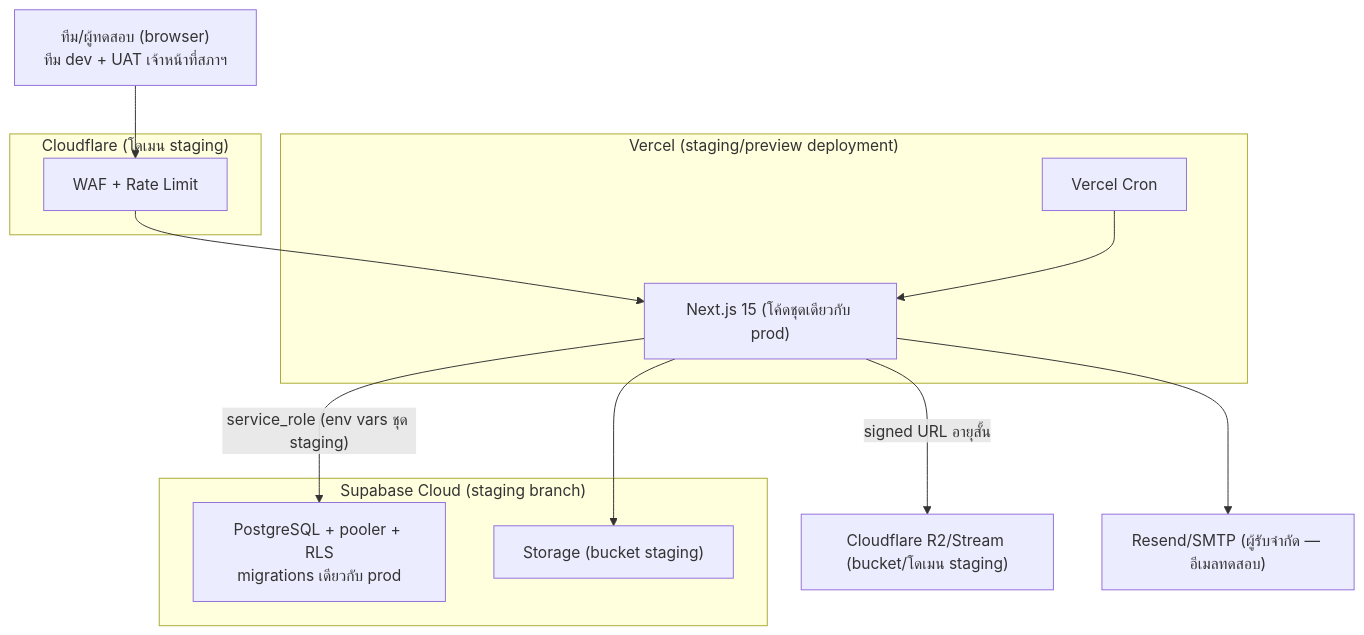
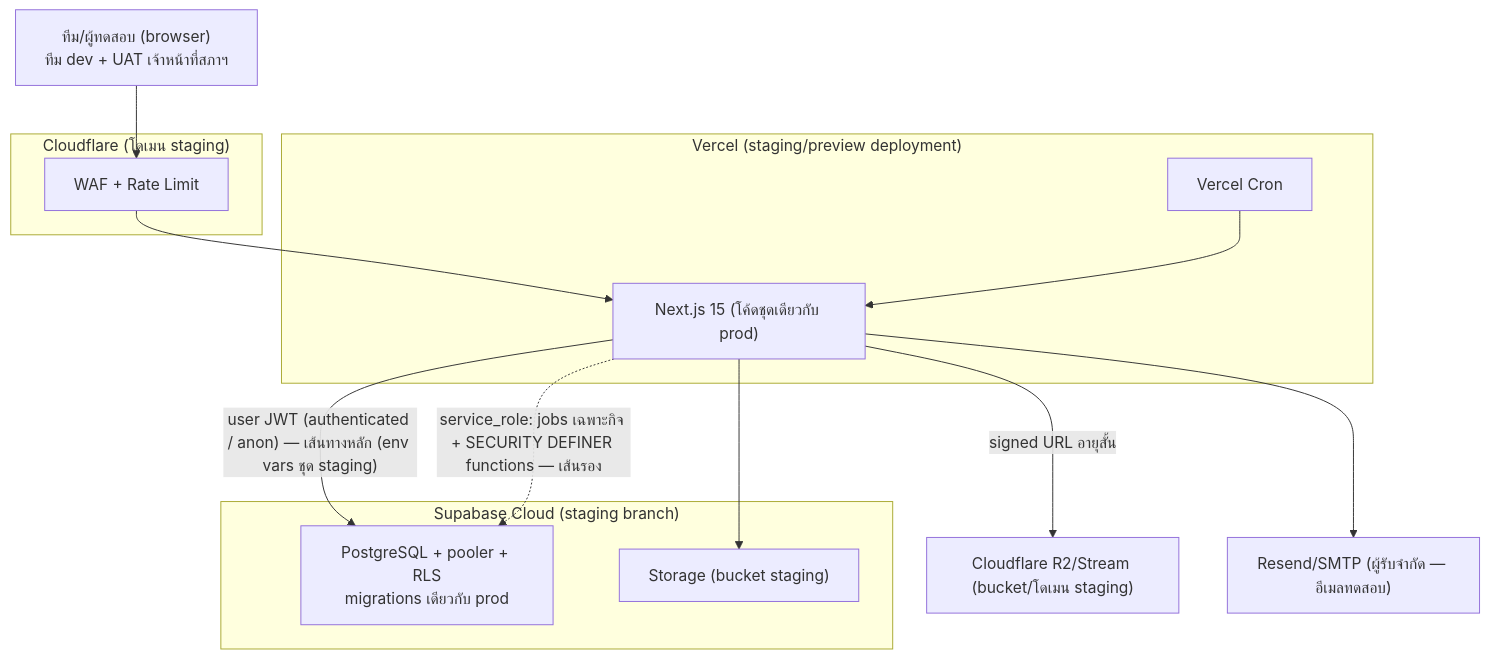
One commit to narongsak-sukma/E-Leaning-LTC changed the sixth of 10 diagrams in docs/03-design/ARCHITECTURE.md. Above: the diagram before and after it, drawn with Mermaid. The commit also changed other lines of this file and 6 other files, not shown here.

````diff
--- a/docs/03-design/ARCHITECTURE.md
+++ b/docs/03-design/ARCHITECTURE.md
@@ -176,23 +178,24 @@
 ```mermaid
 flowchart TB
     T["ทีม/ผู้ทดสอบ (browser)<br/>ทีม dev + UAT เจ้าหน้าที่สภาฯ"]
     subgraph CFS["Cloudflare (โดเมน staging)"]
         WAFS["WAF + Rate Limit"]
     end
     subgraph VCS["Vercel (staging/preview deployment)"]
         NXS["Next.js 15 (โค้ดชุดเดียวกับ prod)"]
         CRONS["Vercel Cron"]
     end
     subgraph SBS["Supabase Cloud (staging branch)"]
         PGSI["PostgreSQL + pooler + RLS<br/>migrations เดียวกับ prod"]
         STGS["Storage (bucket staging)"]
     end
     R2S["Cloudflare R2/Stream (bucket/โดเมน staging)"]
     EMAILS["Resend/SMTP (ผู้รับจำกัด — อีเมลทดสอบ)"]
     T --> WAFS --> NXS
-    NXS -->|"service_role (env vars ชุด staging)"| PGSI
+    NXS -->|"user JWT (authenticated / anon) — เส้นทางหลัก (env vars ชุด staging)"| PGSI
+    NXS -.->|"service_role: jobs เฉพาะกิจ + SECURITY DEFINER functions — เส้นรอง"| PGSI
     NXS --> STGS
     NXS -->|"signed URL อายุสั้น"| R2S
     NXS --> EMAILS
     CRONS --> NXS
 ```
````
